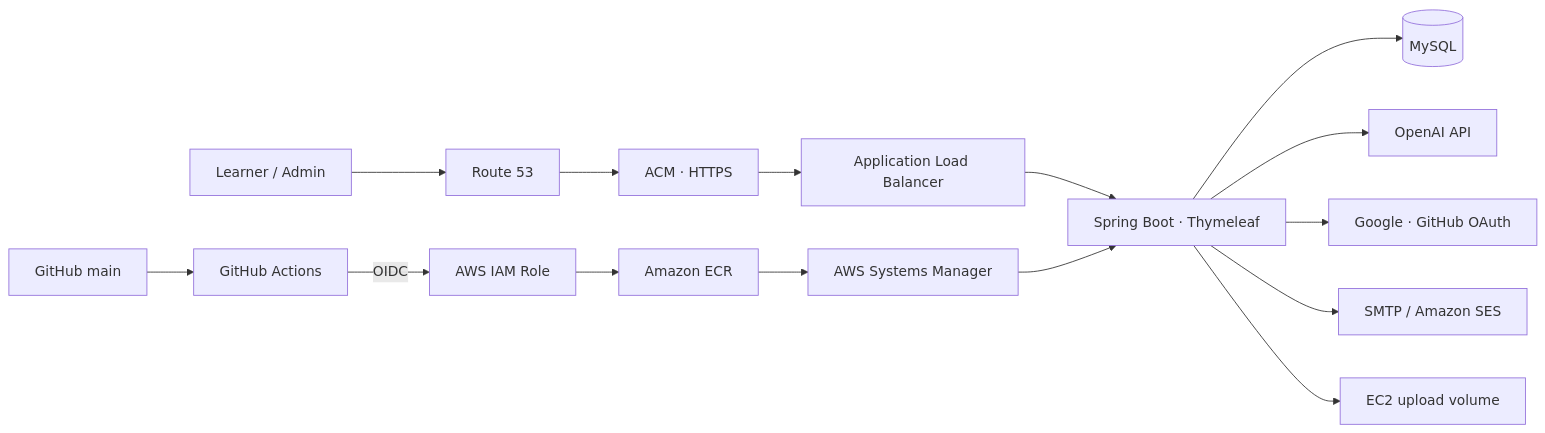
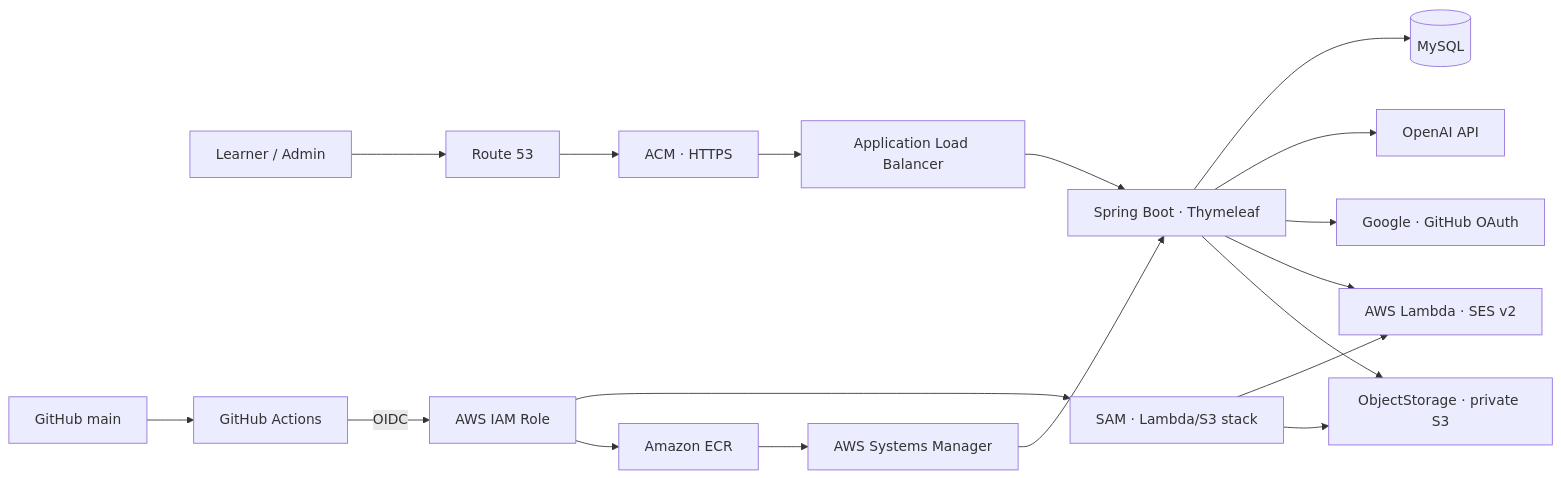
One commit to hyunkyumlee/Acorn-E-Learning changed the diagram in README.md. Above: the diagram before and after it, drawn with Mermaid. The commit also changed other lines of this file and 45 other files, not shown here.

Commit message:
deploy: add lambda ses and s3 infrastructure

````diff
--- a/README.md
+++ b/README.md
@@ -92,19 +92,22 @@
 ```mermaid
 flowchart LR
     U["Learner / Admin"] --> R53["Route 53"]
     R53 --> ACM["ACM · HTTPS"]
     ACM --> ALB["Application Load Balancer"]
     ALB --> APP["Spring Boot · Thymeleaf"]
 
     APP --> DB[("MySQL")]
     APP --> AI["OpenAI API"]
     APP --> OAUTH["Google · GitHub OAuth"]
-    APP --> MAIL["SMTP / Amazon SES"]
-    APP --> VOLUME["EC2 upload volume"]
+    APP --> MAIL["AWS Lambda · SES v2"]
+    APP --> STORAGE["ObjectStorage · private S3"]
 
     GH["GitHub main"] --> GA["GitHub Actions"]
     GA -->|"OIDC"| AWS["AWS IAM Role"]
+    AWS --> SAM["SAM · Lambda/S3 stack"]
+    SAM --> MAIL
+    SAM --> STORAGE
     AWS --> ECR["Amazon ECR"]
     ECR --> SSM["AWS Systems Manager"]
     SSM --> APP
 ```
````
